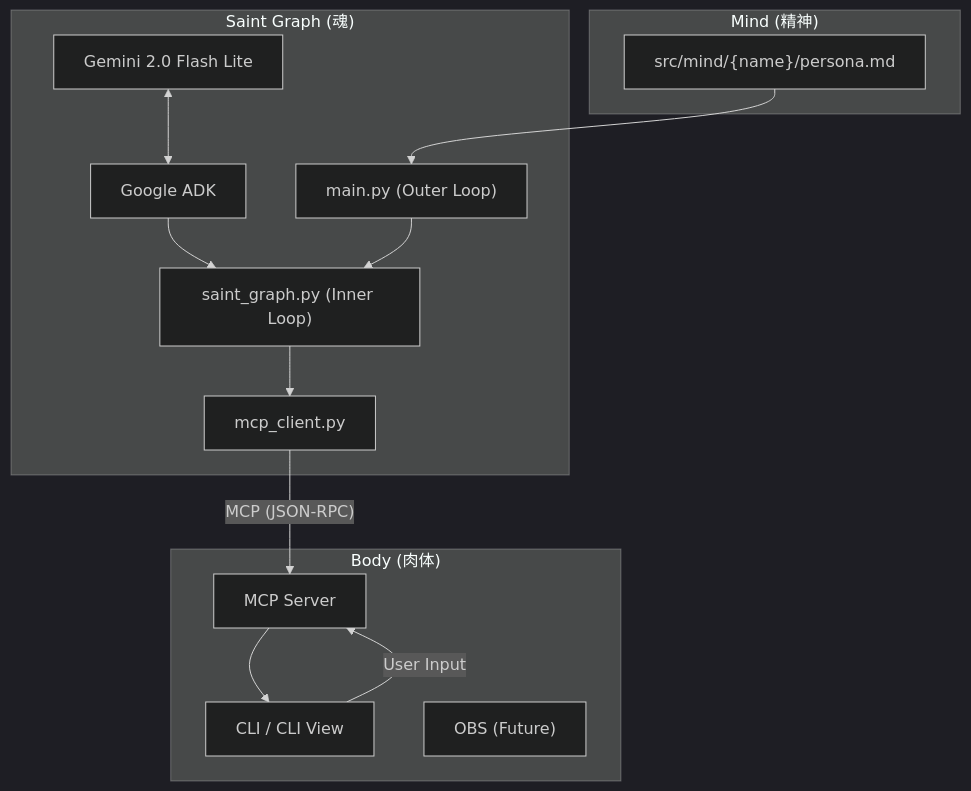
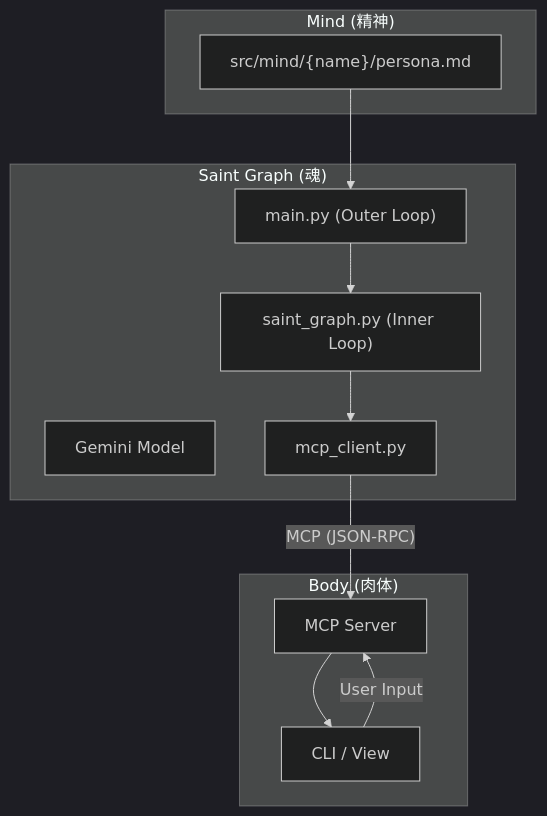
Before and after one commit to koduki/ai-tuber: the diagram in docs/ARCHITECTURE.md, drawn with Mermaid (dark theme). The commit also changed other lines of this file and 4 other files, not shown here.

````diff
--- a/docs/ARCHITECTURE.md
+++ b/docs/ARCHITECTURE.md
@@ -10,29 +10,25 @@
 ```mermaid
 graph TD
   subgraph Mind ["Mind (精神)"]
     Persona["src/mind/{name}/persona.md"]
   end
 
   subgraph SaintGraph ["Saint Graph (魂)"]
-    Gemini["Gemini 2.0 Flash Lite"]
-    ADK["Google ADK"]
+    Gemini["Gemini Model"]
     Logic["main.py (Outer Loop)"]
     Soul["saint_graph.py (Inner Loop)"]
     Client["mcp_client.py"]
   end
 
   subgraph Body ["Body (肉体)"]
     Server["MCP Server"]
-    CLI["CLI / CLI View"]
-    Obs["OBS (Future)"]
+    CLI["CLI / View"]
   end
 
   Persona --> Logic
-  Gemini <--> ADK
-  ADK --> Soul
   Logic --> Soul
   Soul --> Client
   Client -- "MCP (JSON-RPC)" --> Server
   Server --> CLI
   CLI -- "User Input" --> Server
 ```
````
